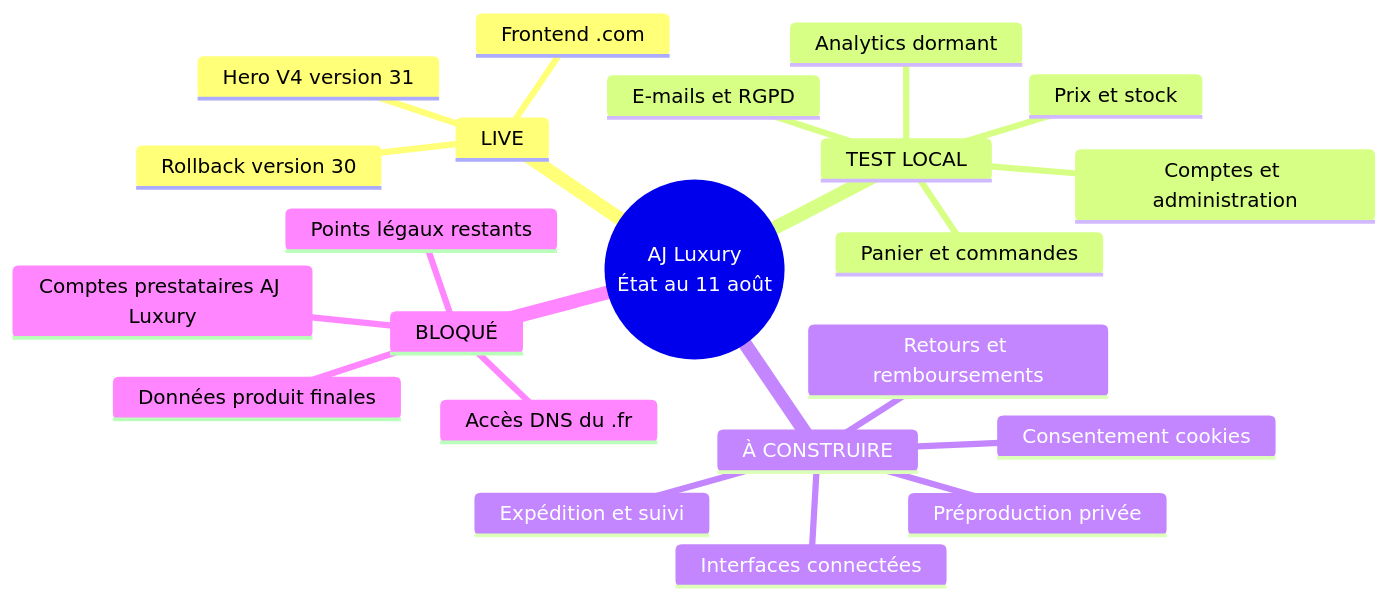
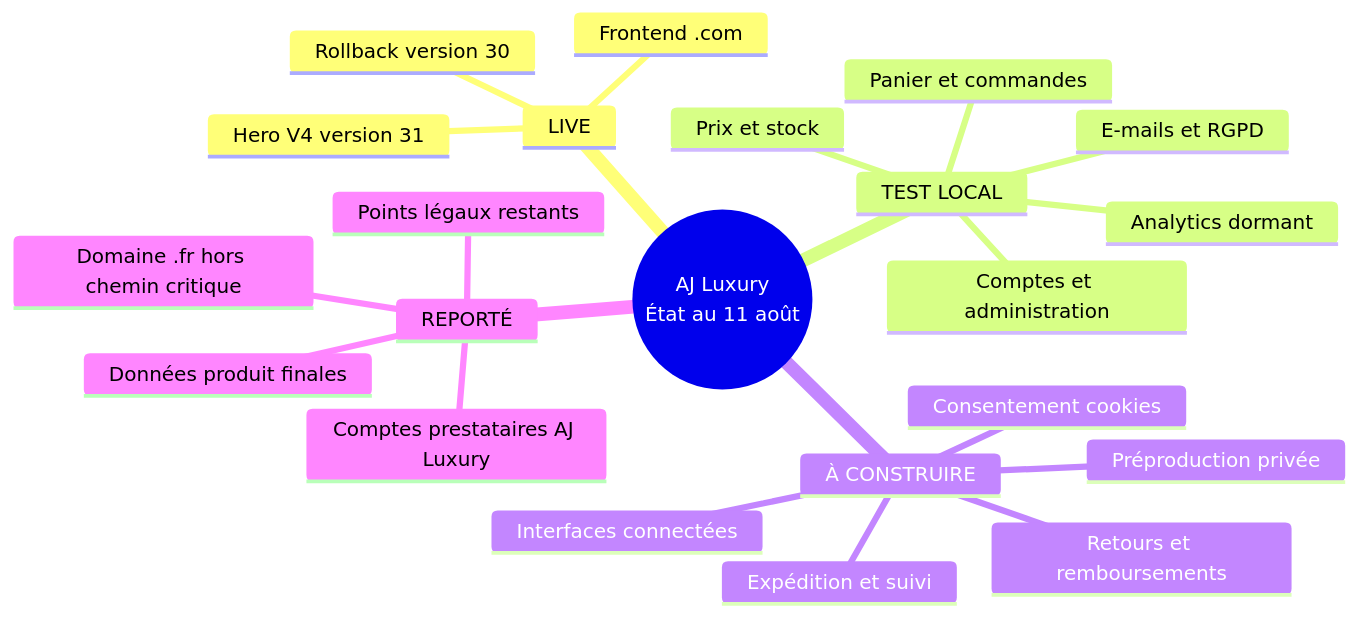
One commit to arochab/aj-luxury changed the diagram in docs/LOT-2-IMPLEMENTATION-STATUS.md. Above: the diagram before and after it, drawn with Mermaid. The commit also changed other lines of this file and 5 other files, not shown here.

````diff
--- a/docs/LOT-2-IMPLEMENTATION-STATUS.md
+++ b/docs/LOT-2-IMPLEMENTATION-STATUS.md
@@ -18,25 +18,25 @@
 ```mermaid
 mindmap
   root((AJ Luxury<br/>État au 11 août))
     LIVE
       Frontend .com
       Hero V4 version 31
       Rollback version 30
     TEST LOCAL
       Prix et stock
       Panier et commandes
       Comptes et administration
       E-mails et RGPD
       Analytics dormant
     À CONSTRUIRE
       Expédition et suivi
       Retours et remboursements
       Consentement cookies
       Interfaces connectées
       Préproduction privée
-    BLOQUÉ
-      Accès DNS du .fr
+    REPORTÉ
+      Domaine .fr hors chemin critique
       Données produit finales
       Comptes prestataires AJ Luxury
       Points légaux restants
 ```
````
